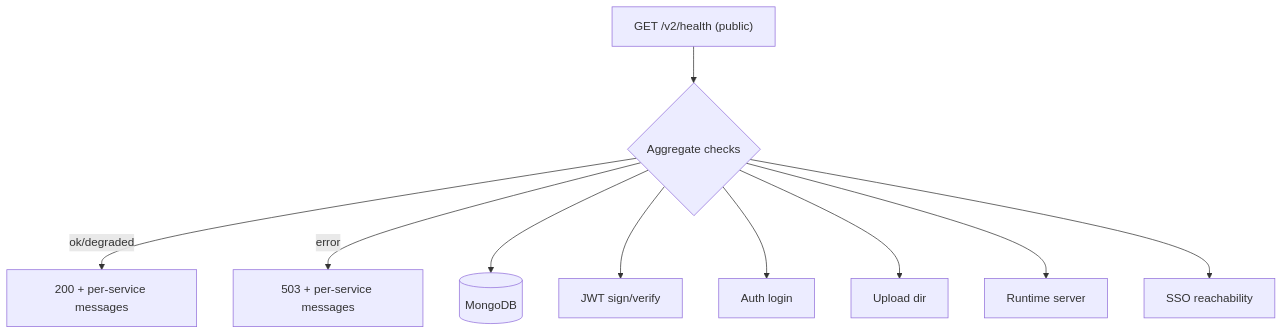
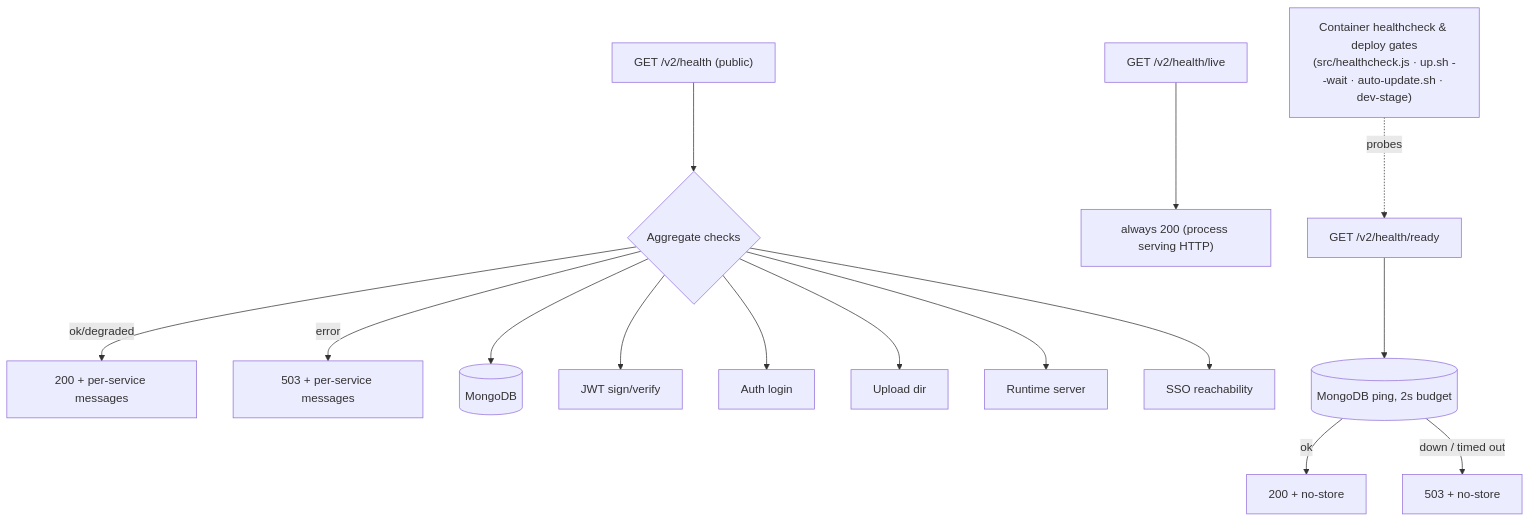
Before and after one commit to eclipse-autowrx/autowrx: the seventh of 13 diagrams in docs/capabilities/integrations-platform.md, drawn with Mermaid. The commit also changed other lines of this file and 12 other files, not shown here.

First line of the commit message:
fix(deploy): wire application healthcheck into container status and deploy gates

````diff
--- a/docs/capabilities/integrations-platform.md
+++ b/docs/capabilities/integrations-platform.md
@@ -686,12 +690,17 @@
 ```mermaid
 flowchart TD
     H["GET /v2/health (public)"] --> C{Aggregate checks}
     C -->|ok/degraded| R200["200 + per-service messages"]
     C -->|error| R503["503 + per-service messages"]
     C --> M[(MongoDB)]
     C --> J[JWT sign/verify]
     C --> A[Auth login]
     C --> U[Upload dir]
     C --> S[Runtime server]
     C --> SSO[SSO reachability]
+    L["GET /v2/health/live"] --> LIVE["always 200 (process serving HTTP)"]
+    RD["GET /v2/health/ready"] --> MP[(MongoDB ping, 2s budget)]
+    MP -->|ok| RDY200["200 + no-store"]
+    MP -->|down / timed out| RDY503["503 + no-store"]
+    HC["Container healthcheck & deploy gates<br/>(src/healthcheck.js · up.sh --wait · auto-update.sh · dev-stage)"] -.->|probes| RD
 ```
````
